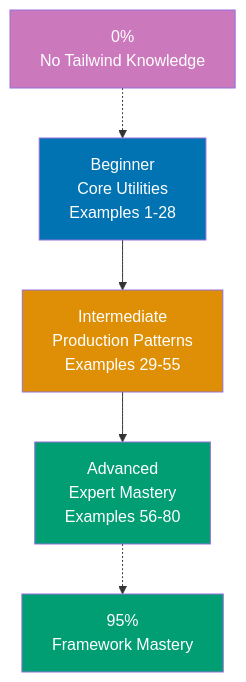
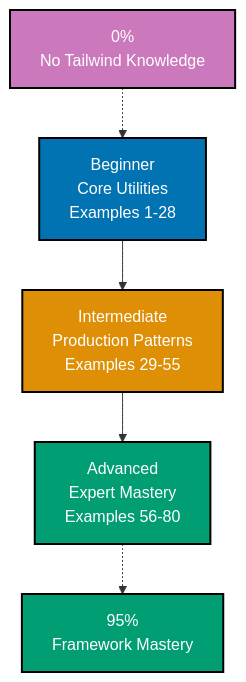
The diagram in apps/ayokoding-web/content/en/learn/software-engineering/platform-web/tools/fe-tailwindcss/by-example/overview.md (wahidyankf/open-sharia-enterprise), drawn with Mermaid before and after one commit. The commit also changed 25 other files, not shown here.

````diff
--- a/apps/ayokoding-web/content/en/learn/software-engineering/platform-web/tools/fe-tailwindcss/by-example/overview.md
+++ b/apps/ayokoding-web/content/en/learn/software-engineering/platform-web/tools/fe-tailwindcss/by-example/overview.md
@@ -35,13 +35,13 @@
 ```mermaid
 graph TD
   A["Beginner<br/>Core Utilities<br/>Examples 1-28"] --> B["Intermediate<br/>Production Patterns<br/>Examples 29-55"]
   B --> C["Advanced<br/>Expert Mastery<br/>Examples 56-80"]
   D["0%<br/>No Tailwind Knowledge"] -.-> A
   C -.-> E["95%<br/>Framework Mastery"]
 
-  style A fill:#0173B2,color:#fff
-  style B fill:#DE8F05,color:#fff
-  style C fill:#029E73,color:#fff
-  style D fill:#CC78BC,color:#fff
-  style E fill:#029E73,color:#fff
+  style A fill:#0173B2,stroke:#000000,stroke-width:2px,color:#fff
+  style B fill:#DE8F05,stroke:#000000,stroke-width:2px,color:#fff
+  style C fill:#029E73,stroke:#000000,stroke-width:2px,color:#fff
+  style D fill:#CC78BC,stroke:#000000,stroke-width:2px,color:#fff
+  style E fill:#029E73,stroke:#000000,stroke-width:2px,color:#fff
 ```
````
